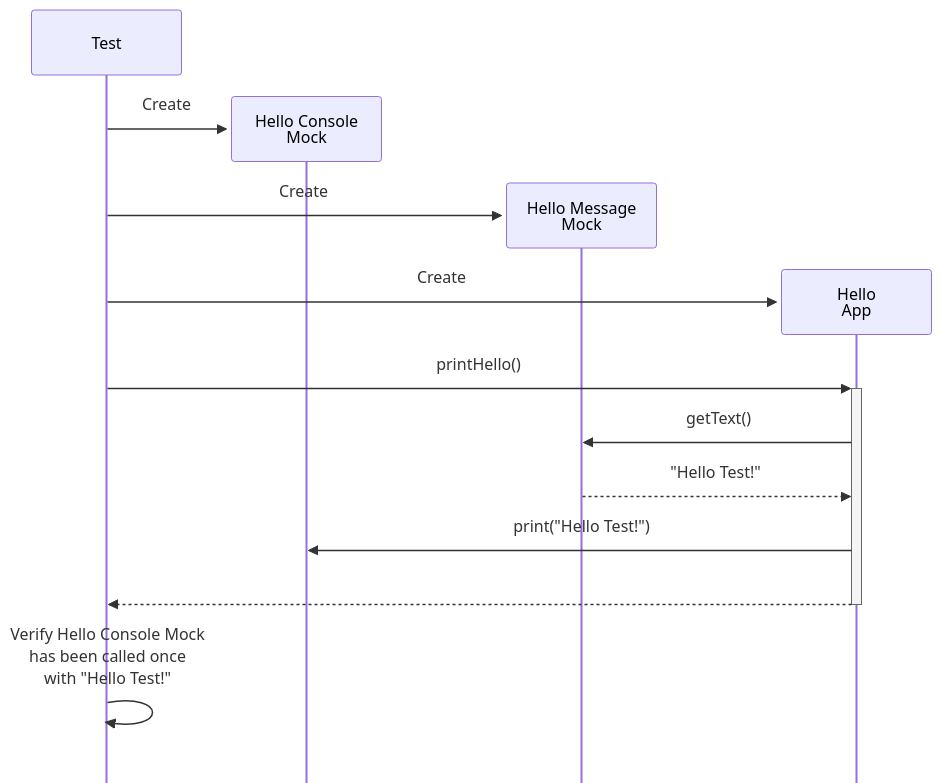
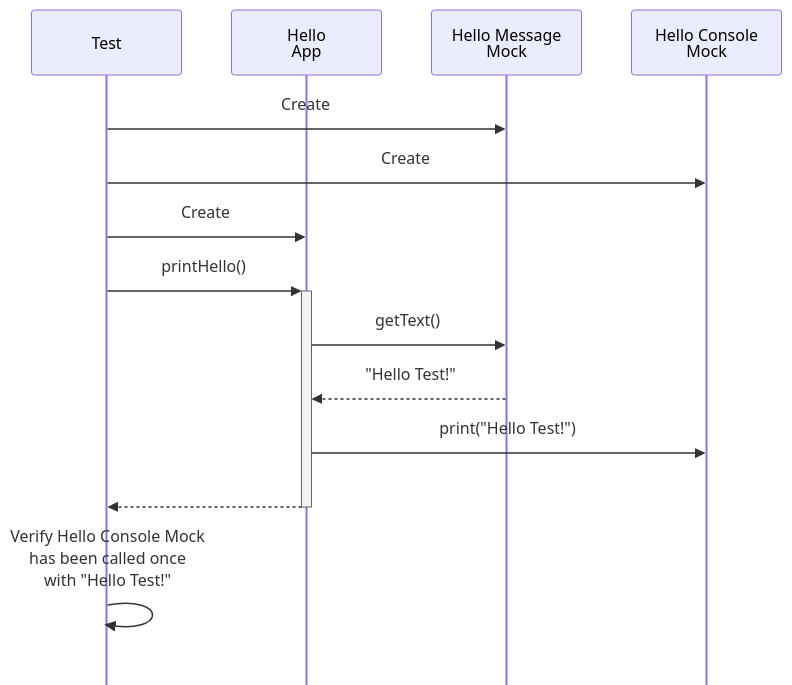
Before and after one commit to rogervinas/tests-everywhere: the third of 3 diagrams in README.md, drawn with Mermaid. The commit also changed other lines of this file, not shown here.

````diff
--- a/README.md
+++ b/README.md
@@ -33,17 +33,17 @@
 ```mermaid
 %%{ init: { "sequence": { "mirrorActors": false } } }%%
 sequenceDiagram
   participant Test
-  create participant HelloConsoleMock as Hello Console<br>Mock
+  participant HelloApp as Hello<br>App
+  participant HelloMessageMock as Hello Message<br>Mock
+  participant HelloConsoleMock as Hello Console<br>Mock
+  Test ->> HelloMessageMock: Create
   Test ->> HelloConsoleMock: Create
-  create participant HelloMessageMock as Hello Message<br>Mock
-  Test ->> HelloMessageMock: Create
-  create participant HelloApp as Hello<br>App
   Test ->> HelloApp: Create
   Test ->>+ HelloApp: printHello()
   HelloApp ->> HelloMessageMock: getText()
   HelloMessageMock -->> HelloApp: "Hello Test!"
   HelloApp ->> HelloConsoleMock: print("Hello Test!")
   HelloApp -->>- Test: #0032;
   Test ->> Test: Verify Hello Console Mock<br>has been called once<br>with "Hello Test!"
 ```
````
